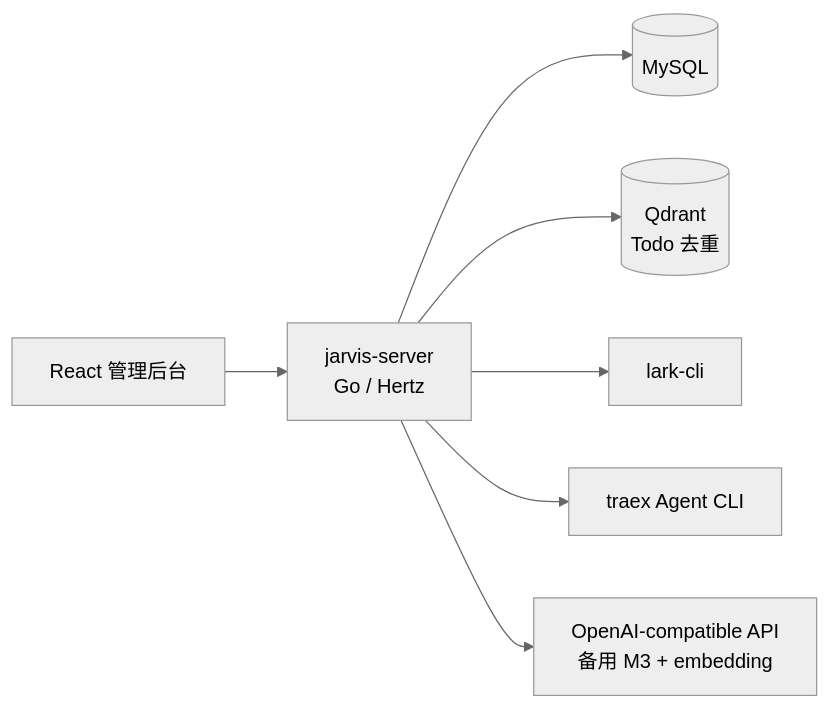
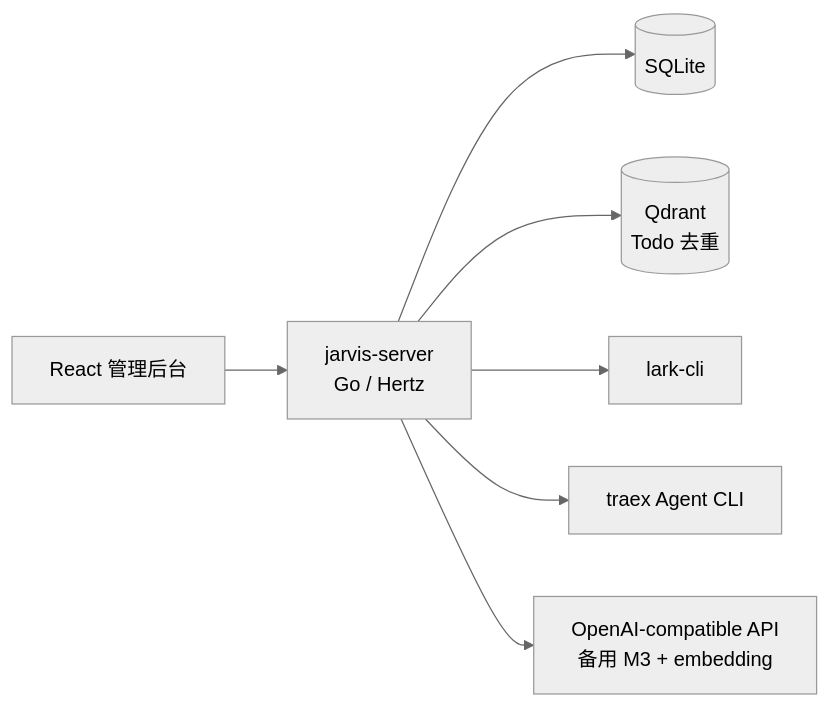
One commit to mjscjj/jarvis changed the first of 2 diagrams in docs/00-overview.md. Above: the diagram before and after it, drawn with Mermaid (neutral theme). The commit also changed other lines of this file and 8 other files, not shown here.

````diff
--- a/docs/00-overview.md
+++ b/docs/00-overview.md
@@ -24,9 +24,9 @@
 ```mermaid
 flowchart LR
     UI["React 管理后台"] --> API["jarvis-server\nGo / Hertz"]
-    API --> MYSQL[("MySQL")]
+    API --> SQLITE[("SQLite")]
     API --> QDRANT[("Qdrant\nTodo 去重")]
     API --> LARK["lark-cli"]
     API --> AGENT["traex Agent CLI"]
     API --> MODEL["OpenAI-compatible API\n备用 M3 + embedding"]
 ```
````
